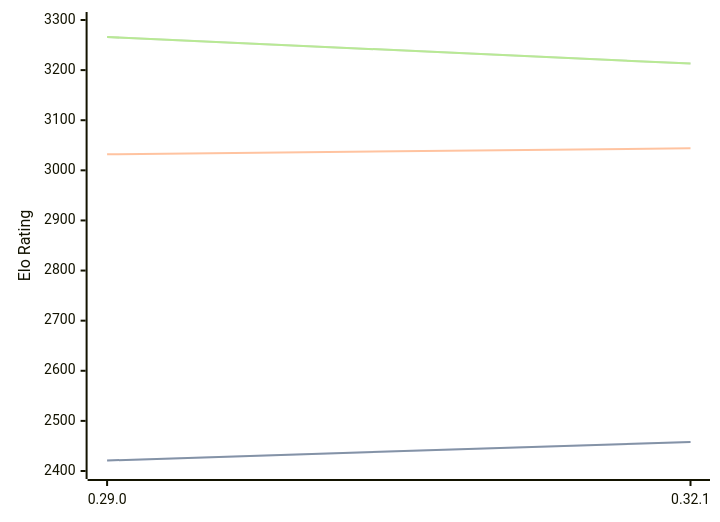
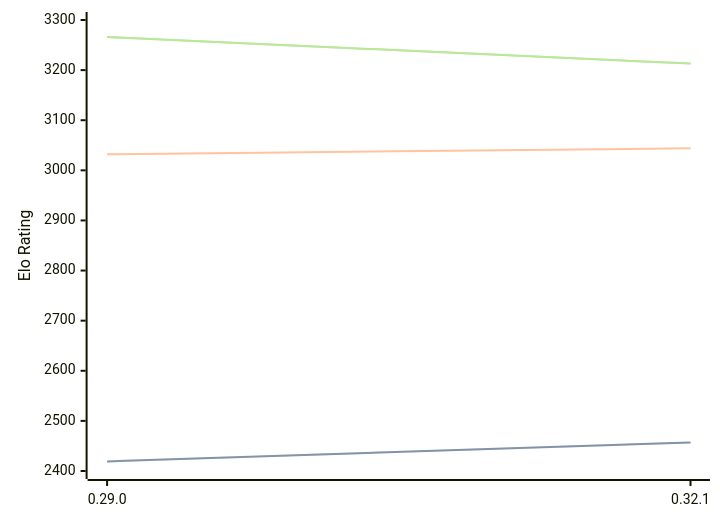
One commit to computer-chess-index/cci changed the diagram in engines/Lc0.md. Above: the diagram before and after it, drawn with Mermaid. The commit also changed other lines of this file, not shown here.

````diff
--- a/engines/Lc0.md
+++ b/engines/Lc0.md
@@ -68,11 +68,11 @@
 ```mermaid
 %%{init: {"theme":"base","themeVariables":{"seriesColors:['#a3a3a3','#222221','#faa371']}}}%%
 xychart-beta
   x-axis ["0.29.0", "0.32.1"]
   y-axis "Elo Rating" 2400 --> 3300
-  line "STC (8.0+0.08s)" [2421, 2458]
-  line "STC (8.0+0.08s)" [2421, 2458]
+  line "STC (8.0+0.08s)" [2419, 2457]
+  line "STC (8.0+0.08s)" [2419, 2457]
   line "LTC (60.0+0.60s)" [3032, 3044]
   line "VLTC (2m24s+1.12s)" [3266, 3213]
   line "VLTC (2m24s+1.12s)" [3266, 3213]
 ```
````
